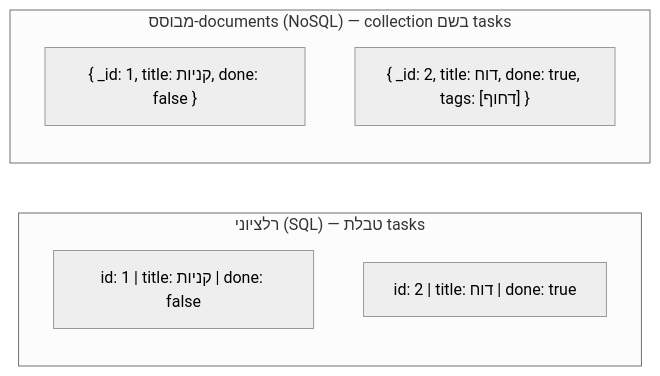
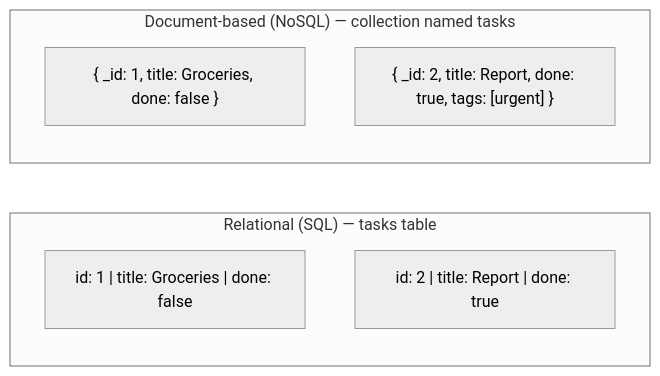
One commit to neriyaMalachi/FullStack_kodkode_5 changed the diagram in content/docs/databases/43-db-relational-vs-nosql-content.md. Above: the diagram before and after it, drawn with Mermaid (neutral theme). The commit also changed other lines of this file and 117 other files, not shown here.

````diff
--- a/content/docs/databases/43-db-relational-vs-nosql-content.md
+++ b/content/docs/databases/43-db-relational-vs-nosql-content.md
@@ -39,13 +39,13 @@
 ```mermaid
 flowchart RL
-    subgraph SQL["רלציוני (SQL) — טבלת tasks"]
+    subgraph SQL["Relational (SQL) — tasks table"]
         direction TB
-        R1["id: 1 | title: קניות | done: false"]
-        R2["id: 2 | title: דוח | done: true"]
+        R1["id: 1 | title: Groceries | done: false"]
+        R2["id: 2 | title: Report | done: true"]
     end
-    subgraph NOSQL["מבוסס-documents (NoSQL) — collection בשם tasks"]
+    subgraph NOSQL["Document-based (NoSQL) — collection named tasks"]
         direction TB
-        D1["{ _id: 1, title: קניות, done: false }"]
-        D2["{ _id: 2, title: דוח, done: true, tags: [דחוף] }"]
+        D1["{ _id: 1, title: Groceries, done: false }"]
+        D2["{ _id: 2, title: Report, done: true, tags: [urgent] }"]
     end
 ```
````
